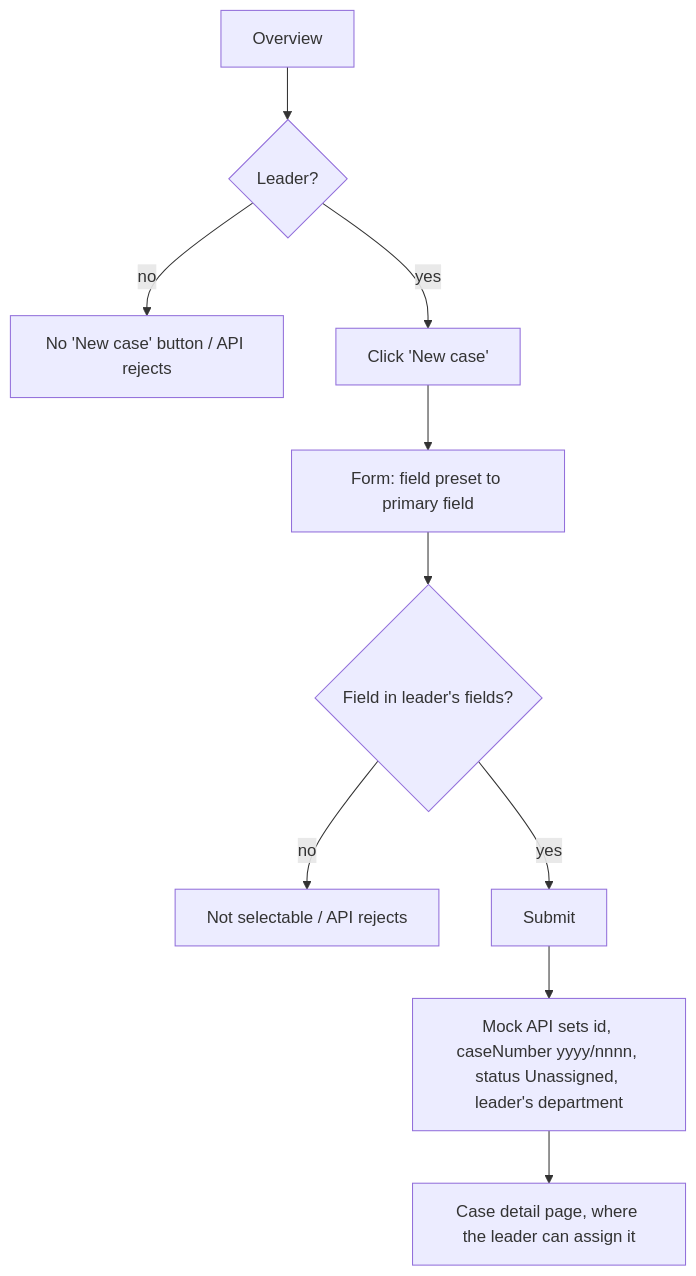
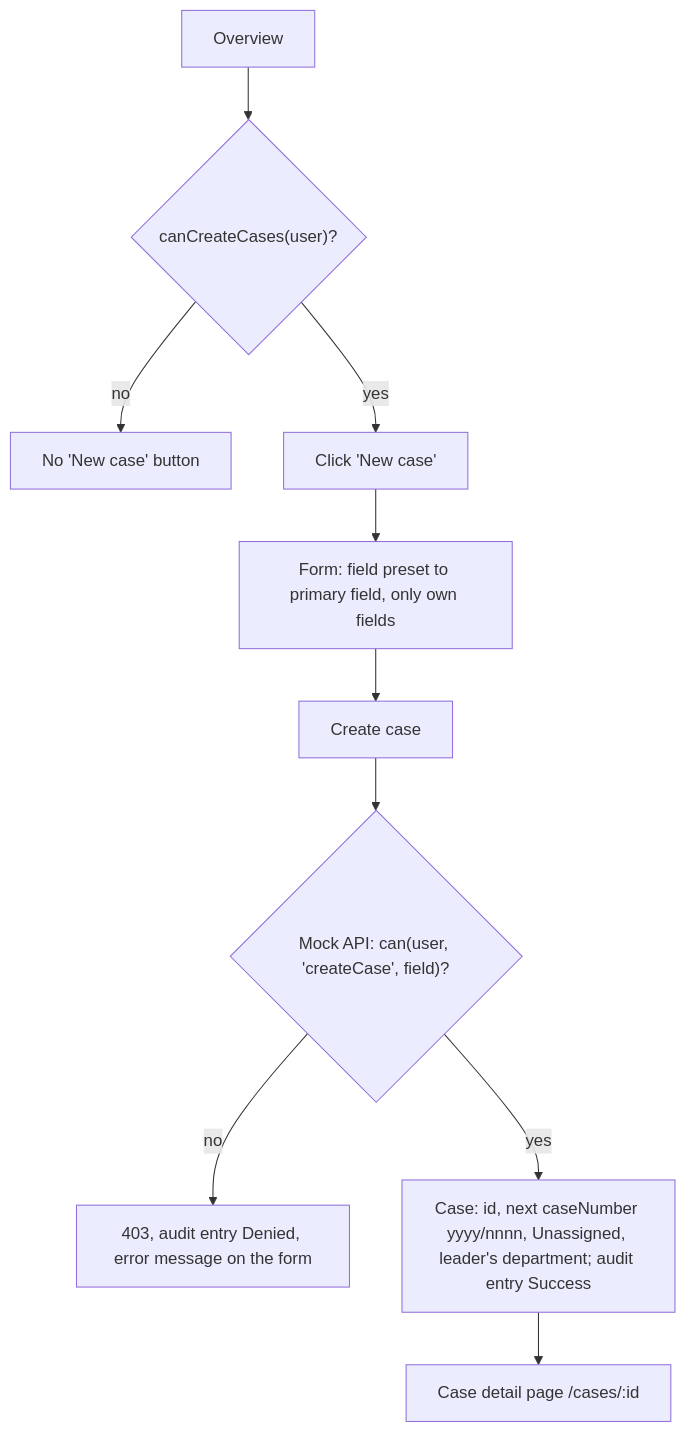
The first of 2 diagrams in docs/features/F-001-create-case.md (TLS97/tines-case-management-system), drawn with Mermaid before and after one commit. The commit also changed other lines of this file and 28 other files, not shown here.

First line of the commit message:
feat(cases): create a supervision case (T2.1, F-001) (#14)

````diff
--- a/docs/features/F-001-create-case.md
+++ b/docs/features/F-001-create-case.md
@@ -17,12 +18,12 @@
 ```mermaid
 flowchart TD
-  A[Overview] --> B{Leader?}
-  B -- no --> X[No 'New case' button / API rejects]
+  A[Overview] --> B{"canCreateCases(user)?"}
+  B -- no --> X[No 'New case' button]
   B -- yes --> C[Click 'New case']
-  C --> D[Form: field preset to primary field]
-  D --> E{Field in leader's fields?}
-  E -- no --> F[Not selectable / API rejects]
-  E -- yes --> G[Submit]
-  G --> H[Mock API sets id, caseNumber yyyy/nnnn, status Unassigned, leader's department]
-  H --> I[Case detail page, where the leader can assign it]
+  C --> D[Form: field preset to primary field, only own fields]
+  D --> G[Create case]
+  G --> H{"Mock API: can(user, 'createCase', field)?"}
+  H -- no --> Den[403, audit entry Denied, error message on the form]
+  H -- yes --> Ok[Case: id, next caseNumber yyyy/nnnn, Unassigned, leader's department; audit entry Success]
+  Ok --> I["Case detail page /cases/:id"]
 ```
````
